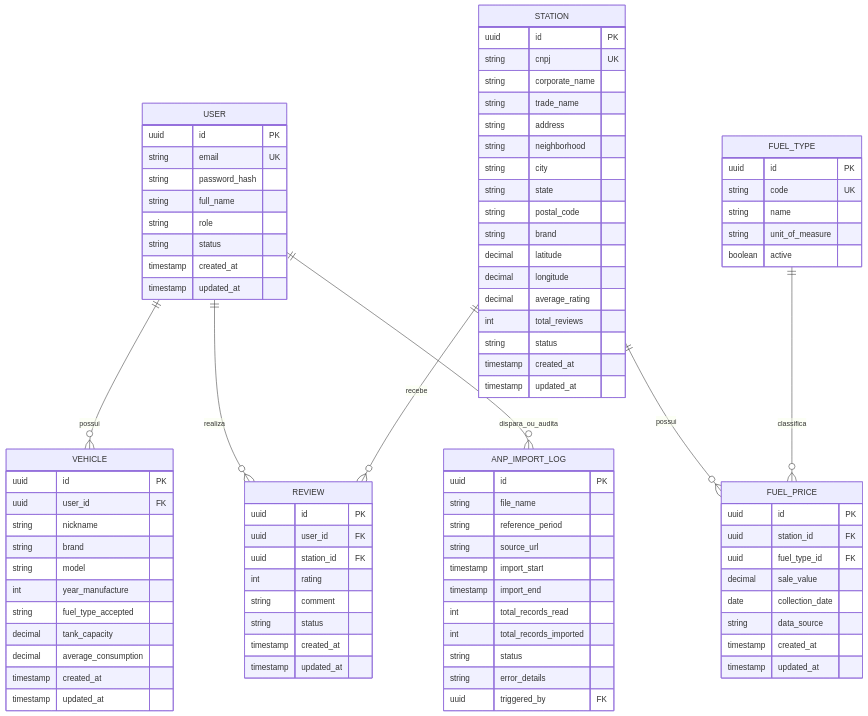
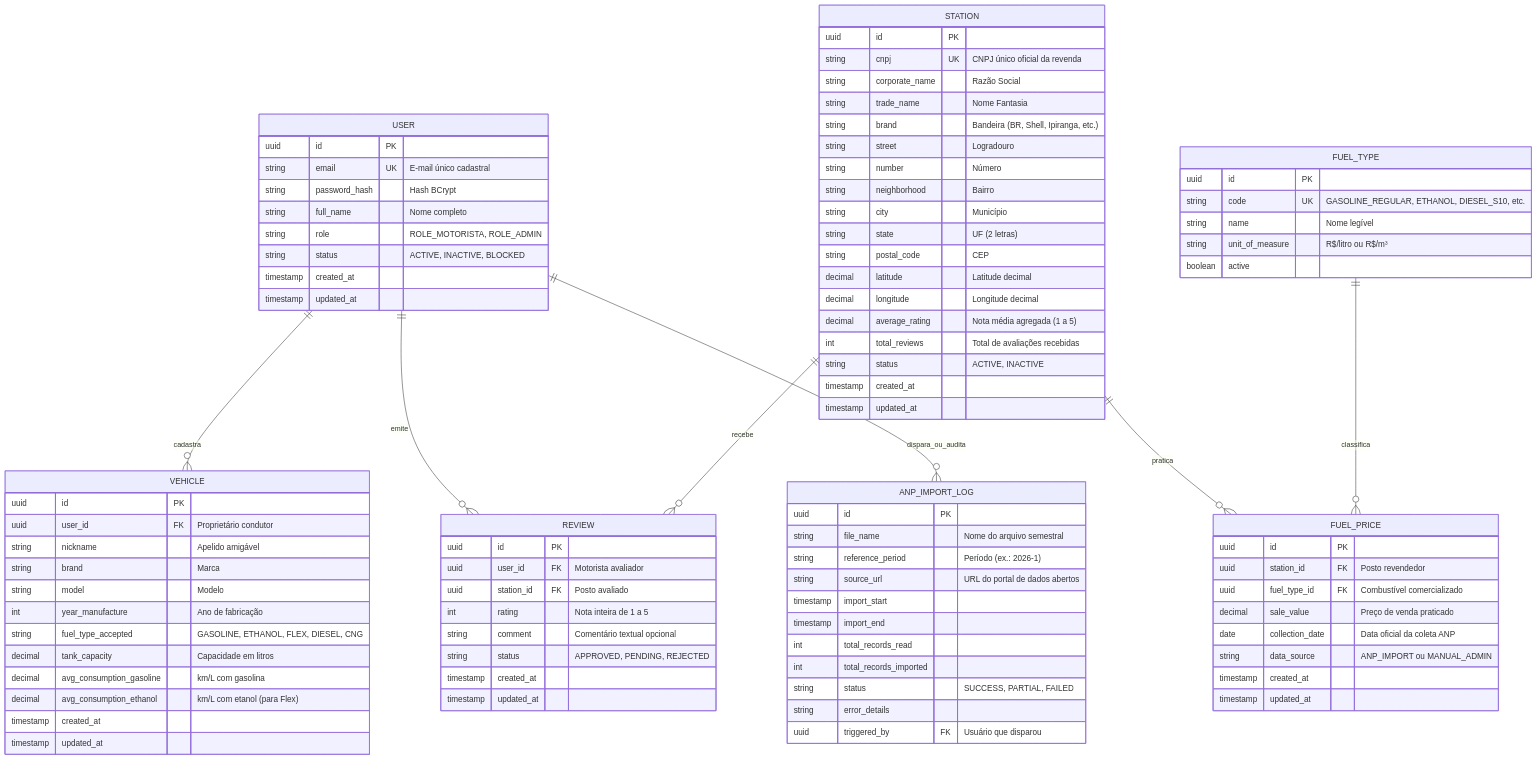
One commit to fuguharawillian/FuelFinder- changed the third of 6 diagrams in .ai/architecture.md. Above: the diagram before and after it, drawn with Mermaid. The commit also changed other lines of this file and 3 other files, not shown here.

````diff
--- a/.ai/architecture.md
+++ b/.ai/architecture.md
@@ -217,98 +132,100 @@
 ```mermaid
 erDiagram
-    USER ||--o{ VEHICLE : "possui"
-    USER ||--o{ REVIEW : "realiza"
+    USER ||--o{ VEHICLE : "cadastra"
+    USER ||--o{ REVIEW : "emite"
+    USER ||--o{ ANP_IMPORT_LOG : "dispara_ou_audita"
     STATION ||--o{ REVIEW : "recebe"
-    STATION ||--o{ FUEL_PRICE : "possui"
+    STATION ||--o{ FUEL_PRICE : "pratica"
     FUEL_TYPE ||--o{ FUEL_PRICE : "classifica"
-    USER ||--o{ ANP_IMPORT_LOG : "dispara_ou_audita"
 
     USER {
         uuid id PK
-        string email UK
-        string password_hash
-        string full_name
-        string role
-        string status
+        string email UK "E-mail único cadastral"
+        string password_hash "Hash BCrypt"
+        string full_name "Nome completo"
+        string role "ROLE_MOTORISTA, ROLE_ADMIN"
+        string status "ACTIVE, INACTIVE, BLOCKED"
         timestamp created_at
         timestamp updated_at
     }
 
     VEHICLE {
         uuid id PK
-        uuid user_id FK
-        string nickname
-        string brand
-        string model
-        int year_manufacture
-        string fuel_type_accepted
-        decimal tank_capacity
-        decimal average_consumption
+        uuid user_id FK "Proprietário condutor"
+        string nickname "Apelido amigável"
+        string brand "Marca"
+        string model "Modelo"
+        int year_manufacture "Ano de fabricação"
+        string fuel_type_accepted "GASOLINE, ETHANOL, FLEX, DIESEL, CNG"
+        decimal tank_capacity "Capacidade em litros"
+        decimal avg_consumption_gasoline "km/L com gasolina"
+        decimal avg_consumption_ethanol "km/L com etanol (para Flex)"
         timestamp created_at
         timestamp updated_at
     }
 
     STATION {
         uuid id PK
-        string cnpj UK
-        string corporate_name
-        string trade_name
-        string address
-        string neighborhood
-        string city
-        string state
-        string postal_code
-        string brand
-        decimal latitude
-        decimal longitude
-        decimal average_rating
-        int total_reviews
-        string status
+        string cnpj UK "CNPJ único oficial da revenda"
+        string corporate_name "Razão Social"
+        string trade_name "Nome Fantasia"
+        string brand "Bandeira (BR, Shell, Ipiranga, etc.)"
+        string street "Logradouro"
+        string number "Número"
+        string neighborhood "Bairro"
+        string city "Município"
+        string state "UF (2 letras)"
+        string postal_code "CEP"
+        decimal latitude "Latitude decimal"
+        decimal longitude "Longitude decimal"
+        decimal average_rating "Nota média agregada (1 a 5)"
+        int total_reviews "Total de avaliações recebidas"
+        string status "ACTIVE, INACTIVE"
         timestamp created_at
         timestamp updated_at
     }
 
     FUEL_TYPE {
         uuid id PK
-        string code UK
-        string name
-        string unit_of_measure
+        string code UK "GASOLINE_REGULAR, ETHANOL, DIESEL_S10, etc."
+        string name "Nome legível"
+        string unit_of_measure "R$/litro ou R$/m³"
         boolean active
     }
 
     FUEL_PRICE {
         uuid id PK
-        uuid station_id FK
-        uuid fuel_type_id FK
-        decimal sale_value
-        date collection_date
-        string data_source
+        uuid station_id FK "Posto revendedor"
+        uuid fuel_type_id FK "Combustível comercializado"
+        decimal sale_value "Preço de venda praticado"
+        date collection_date "Data oficial da coleta ANP"
+        string data_source "ANP_IMPORT ou MANUAL_ADMIN"
         timestamp created_at
         timestamp updated_at
     }
 
     REVIEW {
         uuid id PK
-        uuid user_id FK
-        uuid station_id FK
-        int rating
-        string comment
-        string status
+        uuid user_id FK "Motorista avaliador"
+        uuid station_id FK "Posto avaliado"
+        int rating "Nota inteira de 1 a 5"
+        string comment "Comentário textual opcional"
+        string status "APPROVED, PENDING, REJECTED"
         timestamp created_at
         timestamp updated_at
     }
 
     ANP_IMPORT_LOG {
         uuid id PK
-        string file_name
-        string reference_period
-        string source_url
+        string file_name "Nome do arquivo semestral"
+        string reference_period "Período (ex.: 2026-1)"
+        string source_url "URL do portal de dados abertos"
         timestamp import_start
         timestamp import_end
         int total_records_read
         int total_records_imported
-        string status
+        string status "SUCCESS, PARTIAL, FAILED"
         string error_details
-        uuid triggered_by FK
+        uuid triggered_by FK "Usuário que disparou"
     }
 ```
````
